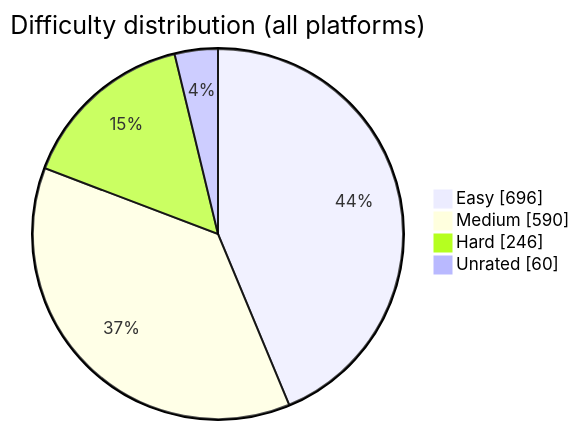
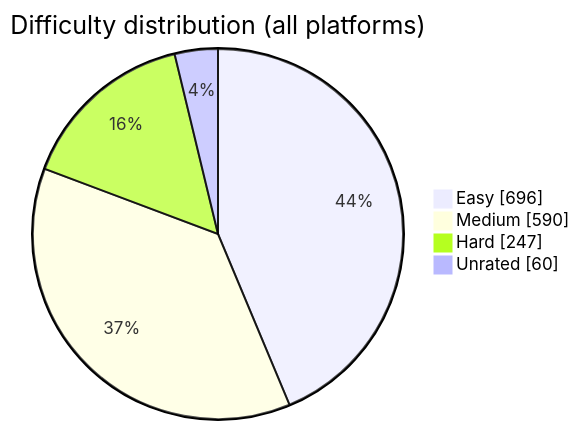
One commit to BuildbyArindam/Daily-Coding-Log changed the diagram in README.md. Above: the diagram before and after it, drawn with Mermaid. The commit also changed other lines of this file, not shown here.

````diff
--- a/README.md
+++ b/README.md
@@ -93,7 +93,7 @@
 ```mermaid
 pie showData title Difficulty distribution (all platforms)
     "Easy" : 696
     "Medium" : 590
-    "Hard" : 246
+    "Hard" : 247
     "Unrated" : 60
 ```
````
